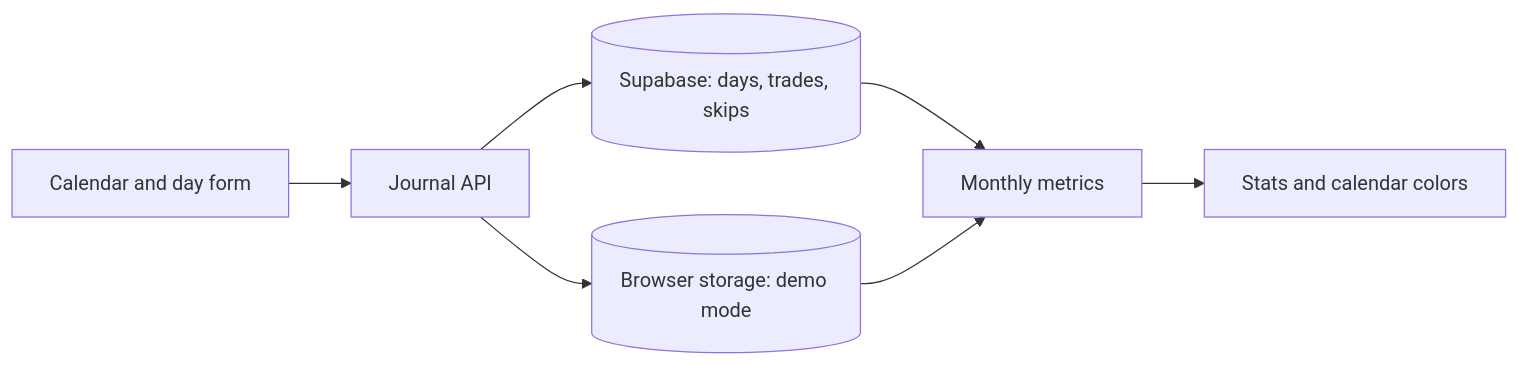
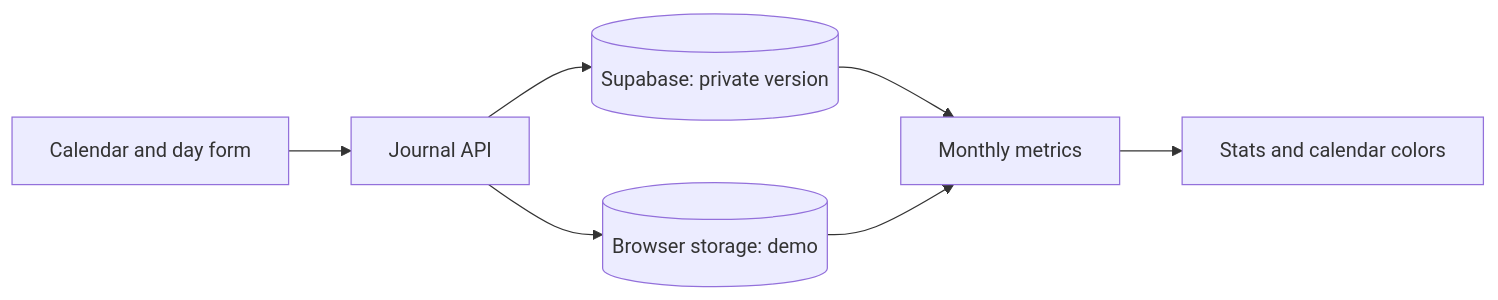
The diagram in projects/things-i-built/content/projects/discipline-calendar.md (osobennyj/warehouse-of-sites), drawn with Mermaid before and after one commit. The commit also changed other lines of this file and 10 other files, not shown here.

````diff
--- a/projects/things-i-built/content/projects/discipline-calendar.md
+++ b/projects/things-i-built/content/projects/discipline-calendar.md
@@ -42,8 +48,8 @@
 ```mermaid
 flowchart LR
   U[Calendar and day form] --> S[Journal API]
-  S --> D[(Supabase: days, trades, skips)]
-  S --> L[(Browser storage: demo mode)]
+  S --> D[(Supabase: private version)]
+  S --> L[(Browser storage: demo)]
   D & L --> M[Monthly metrics]
   M --> UI[Stats and calendar colors]
 ```
````
